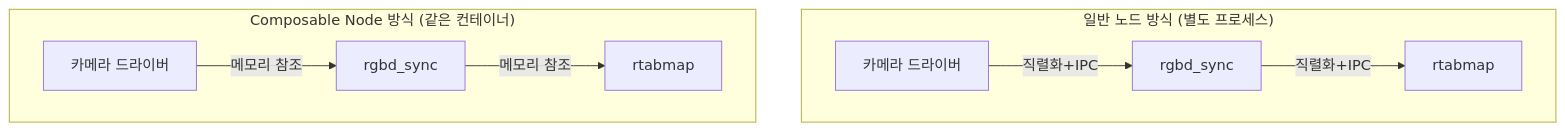
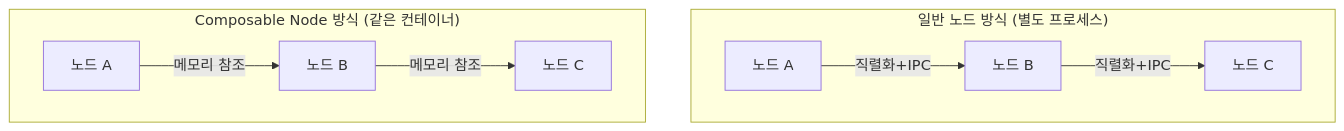
One commit to codebaragi23/ROS2-doc changed the diagram in ROS2 응용 & 센서 연동/02_Composable_Node와_Executor_구조.md. Above: the diagram before and after it, drawn with Mermaid. The commit also changed 17 other files, not shown here.

````diff
--- a/ROS2 응용 & 센서 연동/02_Composable_Node와_Executor_구조.md
+++ b/ROS2 응용 & 센서 연동/02_Composable_Node와_Executor_구조.md
@@ -24,11 +24,11 @@
 ```mermaid
 flowchart TB
     subgraph 일반노드["일반 노드 방식 (별도 프로세스)"]
-        N1[카메라 드라이버] -->|직렬화+IPC| N2[rgbd_sync]
-        N2 -->|직렬화+IPC| N3[rtabmap]
+        N1[노드 A] -->|직렬화+IPC| N2[노드 B]
+        N2 -->|직렬화+IPC| N3[노드 C]
     end
     subgraph 컴포저블["Composable Node 방식 (같은 컨테이너)"]
-        C1[카메라 드라이버] -->|메모리 참조| C2[rgbd_sync]
-        C2 -->|메모리 참조| C3[rtabmap]
+        C1[노드 A] -->|메모리 참조| C2[노드 B]
+        C2 -->|메모리 참조| C3[노드 C]
     end
 ```
````
